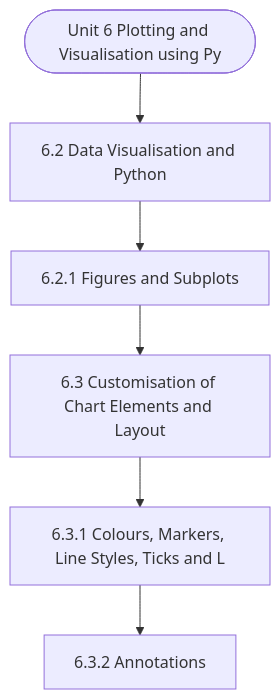
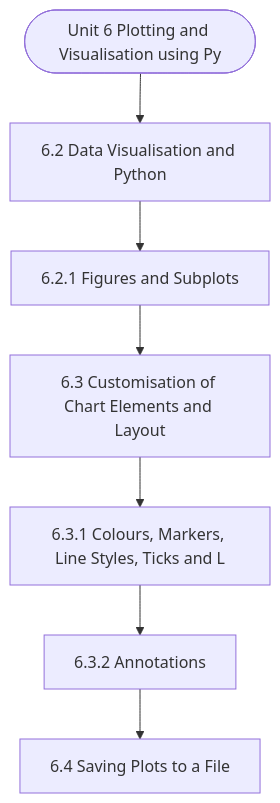
One commit to Asutosh-Coaching/mscdsa changed the diagram in notes/Semester_2/MCS-067_Data_Wrangling_and_Visualization/unit_06_Plotting_and_Visualisation_using_Python.md. Above: the diagram before and after it, drawn with Mermaid. The commit also changed other lines of this file and 116 other files, not shown here.

````diff
--- a/notes/Semester_2/MCS-067_Data_Wrangling_and_Visualization/unit_06_Plotting_and_Visualisation_using_Python.md
+++ b/notes/Semester_2/MCS-067_Data_Wrangling_and_Visualization/unit_06_Plotting_and_Visualisation_using_Python.md
@@ -19,14 +19,16 @@
 ```mermaid
 flowchart TD
   Start(["Unit 6 Plotting and Visualisation using Py"])
   N1["6.2 Data Visualisation and Python"]
   N2["6.2.1 Figures and Subplots"]
   N3["6.3 Customisation of Chart Elements and Layout"]
   N4["6.3.1 Colours, Markers, Line Styles, Ticks and L"]
   N5["6.3.2 Annotations"]
+  N6["6.4 Saving Plots to a File"]
   Start --> N1
   N1 --> N2
   N2 --> N3
   N3 --> N4
   N4 --> N5
+  N5 --> N6
 ```
````
